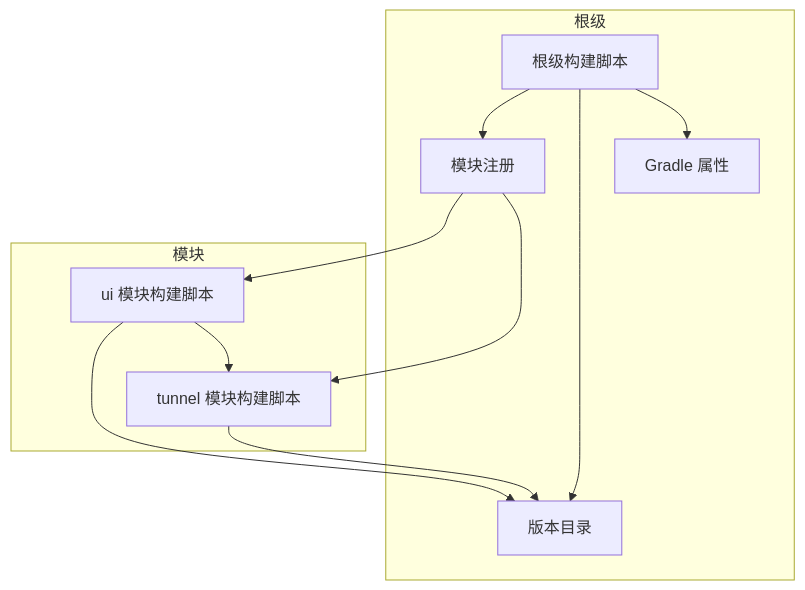
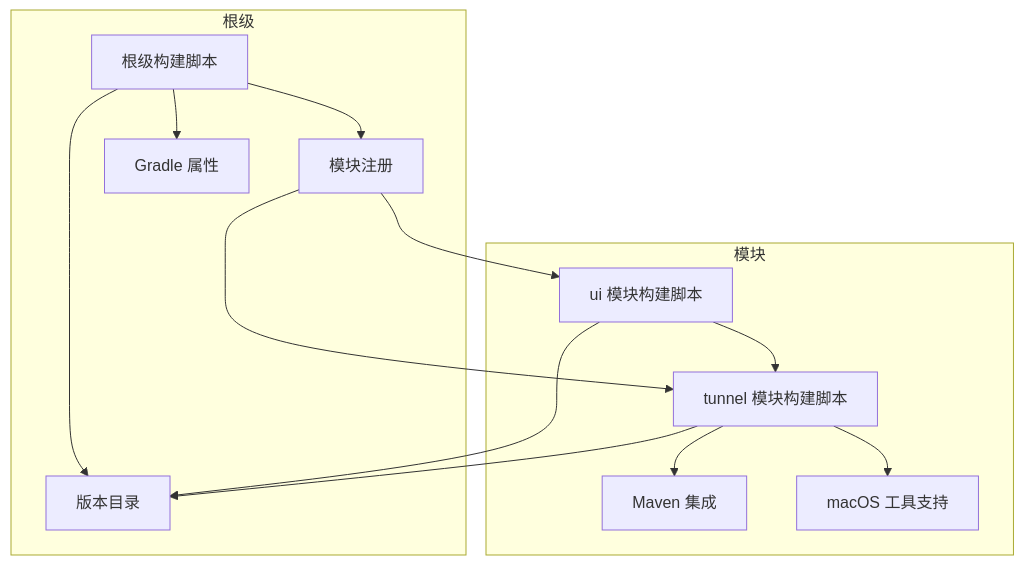
One commit to tea4go/wireguard-android changed the second of 3 diagrams in .qoder/repowiki/zh/content/开发指南/构建系统配置.md. Above: the diagram before and after it, drawn with Mermaid. The commit also changed other lines of this file and 4 other files, not shown here.

````diff
--- a/.qoder/repowiki/zh/content/开发指南/构建系统配置.md
+++ b/.qoder/repowiki/zh/content/开发指南/构建系统配置.md
@@ -81,21 +93,25 @@
 ```mermaid
 graph TB
 subgraph "根级"
 R_build["根级构建脚本"]
 R_settings["模块注册"]
 R_versions["版本目录"]
 R_props["Gradle 属性"]
 end
 subgraph "模块"
 M_ui["ui 模块构建脚本"]
 M_tunnel["tunnel 模块构建脚本"]
+M_maven["Maven 集成"]
+M_macos["macOS 工具支持"]
 end
 R_build --> R_settings
 R_build --> R_versions
 R_build --> R_props
 R_settings --> M_ui
 R_settings --> M_tunnel
 M_ui --> R_versions
 M_tunnel --> R_versions
 M_ui --> M_tunnel
+M_tunnel --> M_maven
+M_tunnel --> M_macos
 ```
````
